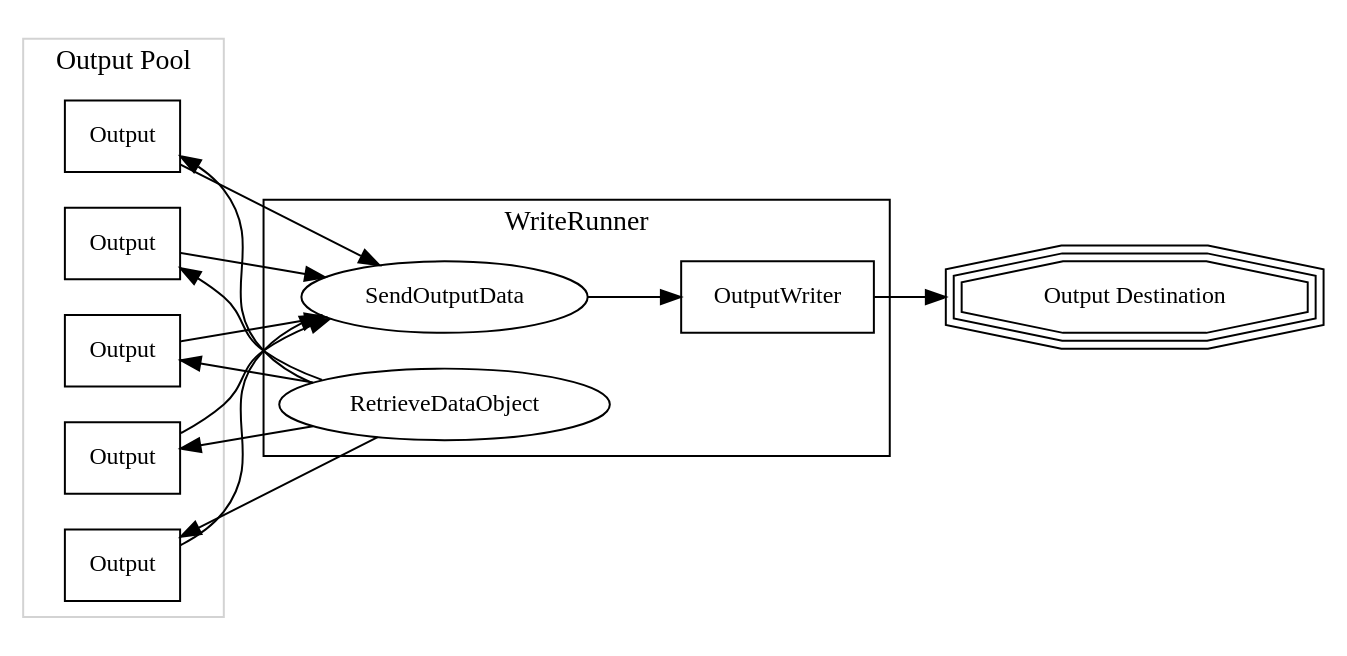
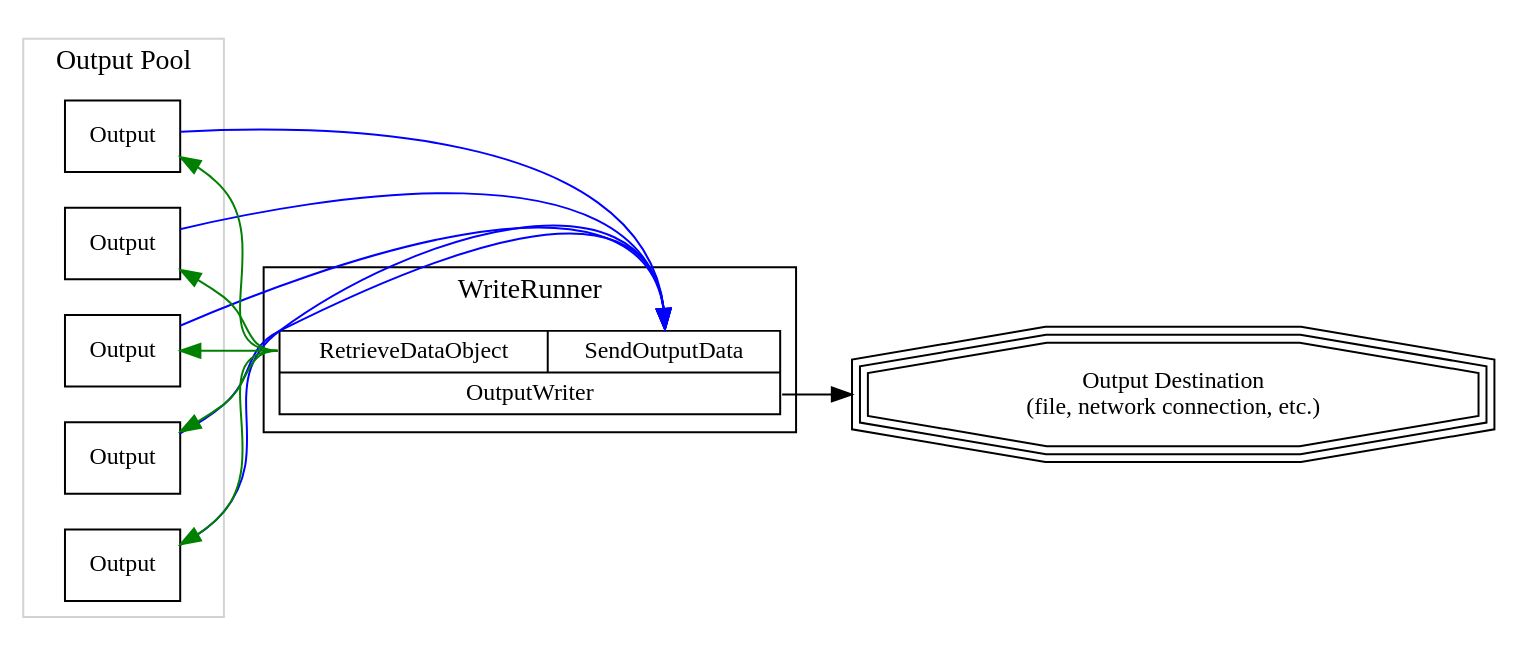
Before and after one commit to mozilla-services/heka-docs: the diagram in source/architecture/writerunner.dot, drawn with Graphviz.

Commit message:
big improvements to the docs

```diff
--- a/source/architecture/writerunner.dot
+++ b/source/architecture/writerunner.dot
@@ -1,39 +1,37 @@
 digraph writerunner {
     rankdir=LR;
     node [fontsize=12, shape=box];
     edge [fontcolor=green];
 
     subgraph cluster_outputs {
         label="Output Pool";
         color=lightgrey;
         output1 [label="Output"];
         output2 [label="Output"];
         output3 [label="Output"];
         output4 [label="Output"];
         output5 [label="Output"];
     }
 
     subgraph cluster_writerunner {
-        label="WriteRunner";
-        sendoutputdata [shape=oval,label="SendOutputData"];
-        retrievedataobject [shape=oval,label="RetrieveDataObject"];
-        outputwriter [label="OutputWriter"];
+        label="WriteRunner"
+        node [shape=record];
+        writerunner [label="{<retrieve> RetrieveDataObject|<send> SendOutputData}|<writer> OutputWriter"]
     }
 
-    destination [shape=tripleoctagon,label="Output Destination"]
+    destination [shape=tripleoctagon,label="Output Destination\n(file, network connection, etc.)"]
 
-    retrievedataobject -> output1;
-    retrievedataobject -> output2;
-    retrievedataobject -> output3;
-    retrievedataobject -> output4;
-    retrievedataobject -> output5;
+    writerunner:retrieve -> output1 [color=green];
+    writerunner:retrieve -> output2 [color=green];
+    writerunner:retrieve -> output3 [color=green];
+    writerunner:retrieve -> output4 [color=green];
+    writerunner:retrieve -> output5 [color=green];
 
-    output1 -> sendoutputdata;
-    output2 -> sendoutputdata;
-    output3 -> sendoutputdata;
-    output4 -> sendoutputdata;
-    output5 -> sendoutputdata;
+    output1 -> writerunner:send [color=blue,fontcolor=blue];
+    output2 -> writerunner:send [color=blue,fontcolor=blue];
+    output3 -> writerunner:send [color=blue,fontcolor=blue];
+    output4 -> writerunner:send [color=blue,fontcolor=blue];
+    output5 -> writerunner:send [color=blue,fontcolor=blue];
 
-    sendoutputdata -> outputwriter;
-    outputwriter -> destination
+    writerunner:writer -> destination
 }
```
